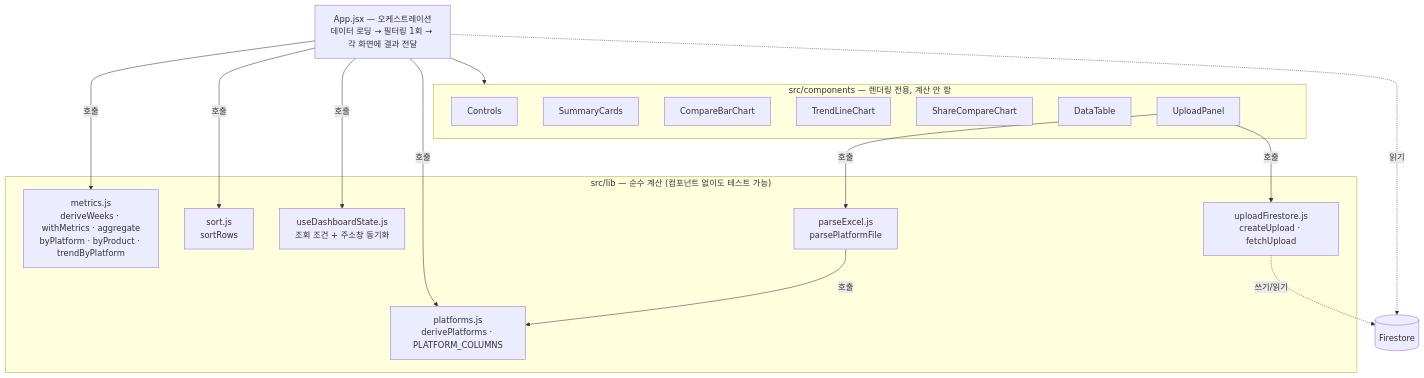
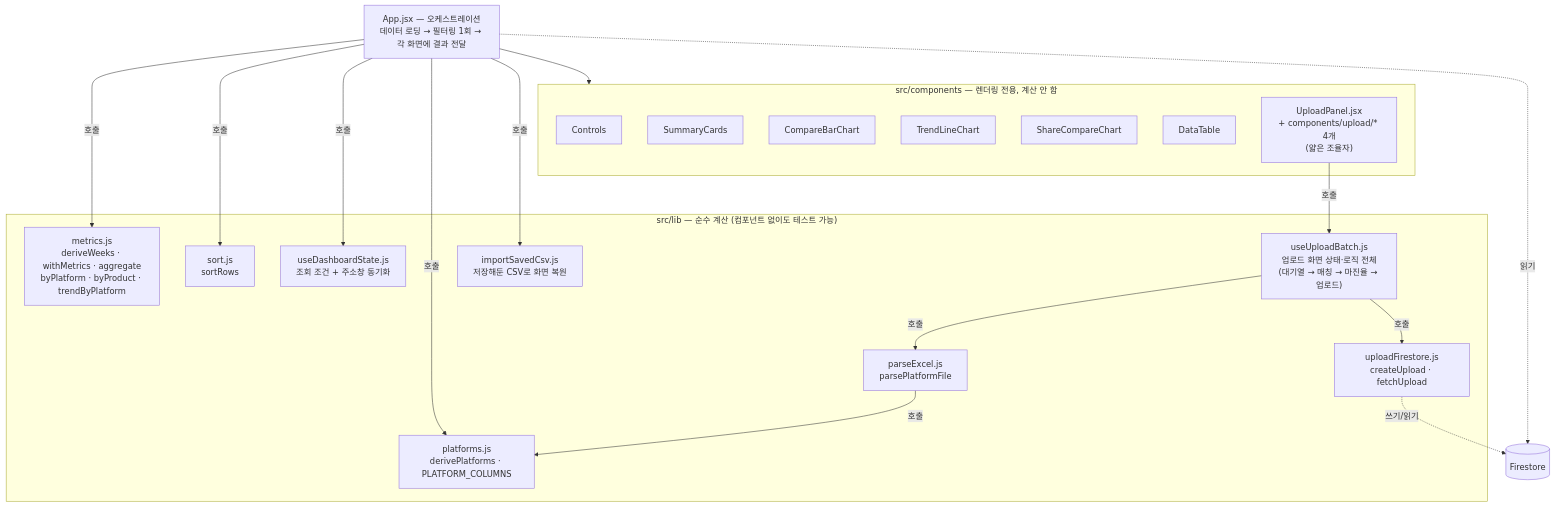
Before and after one commit to hhgkosmo0607-lgtm/lumiere_campaign: the first of 4 diagrams in 사양서.md, drawn with Mermaid. The commit also changed other lines of this file and 11 other files, not shown here.

````diff
--- a/사양서.md
+++ b/사양서.md
@@ -65,35 +65,39 @@
 ```mermaid
 flowchart TB
     subgraph lib["src/lib — 순수 계산 (컴포넌트 없이도 테스트 가능)"]
         metrics["metrics.js<br/>deriveWeeks · withMetrics · aggregate<br/>byPlatform · byProduct · trendByPlatform"]
         sort["sort.js<br/>sortRows"]
         state["useDashboardState.js<br/>조회 조건 + 주소창 동기화"]
         platforms["platforms.js<br/>derivePlatforms · PLATFORM_COLUMNS"]
         parse["parseExcel.js<br/>parsePlatformFile"]
         uploadFs["uploadFirestore.js<br/>createUpload · fetchUpload"]
+        batch["useUploadBatch.js<br/>업로드 화면 상태·로직 전체<br/>(대기열 → 매칭 → 마진율 → 업로드)"]
+        importCsv["importSavedCsv.js<br/>저장해둔 CSV로 화면 복원"]
     end
 
     subgraph comp["src/components — 렌더링 전용, 계산 안 함"]
         Controls
         SummaryCards
         CompareBarChart
         TrendLineChart
         ShareCompareChart
         DataTable
-        UploadPanel
+        UploadPanel["UploadPanel.jsx<br/>+ components/upload/* 4개<br/>(얇은 조율자)"]
     end
 
     App["App.jsx — 오케스트레이션<br/>데이터 로딩 → 필터링 1회 → 각 화면에 결과 전달"]
     Firestore[(Firestore)]
 
     App -->|호출| metrics
     App -->|호출| sort
     App -->|호출| state
     App -->|호출| platforms
+    App -->|호출| importCsv
     App --> comp
-    UploadPanel -->|호출| parse
-    UploadPanel -->|호출| uploadFs
+    UploadPanel -->|호출| batch
+    batch -->|호출| parse
+    batch -->|호출| uploadFs
     parse -->|호출| platforms
     App -.읽기.-> Firestore
     uploadFs -.쓰기/읽기.-> Firestore
 ```
````
